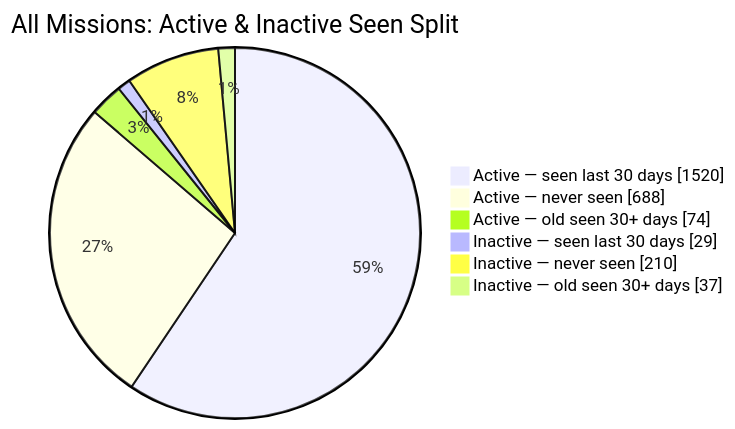
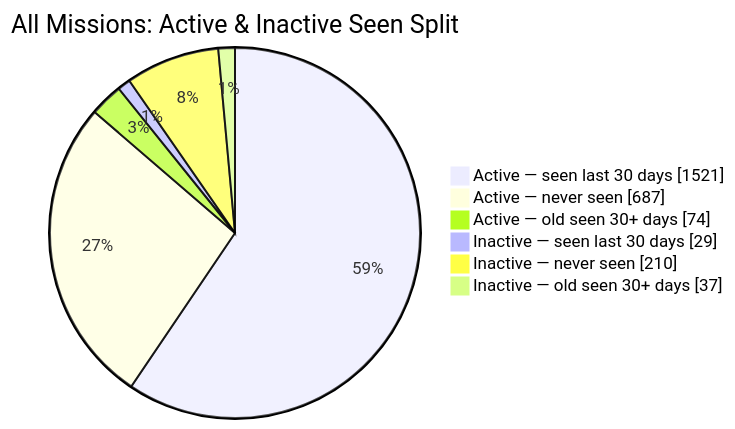
One commit to MeldkamerspelGameTeam/active-missions changed the second of 2 diagrams in README.md. Above: the diagram before and after it, drawn with Mermaid. The commit also changed other lines of this file and 2 other files, not shown here.

````diff
--- a/README.md
+++ b/README.md
@@ -44,10 +44,10 @@
 ```mermaid
 pie showData
     title All Missions: Active & Inactive Seen Split
-    "Active — seen last 30 days" : 1520
-    "Active — never seen" : 688
+    "Active — seen last 30 days" : 1521
+    "Active — never seen" : 687
     "Active — old seen 30+ days" : 74
     "Inactive — seen last 30 days" : 29
     "Inactive — never seen" : 210
     "Inactive — old seen 30+ days" : 37
 ```
````
